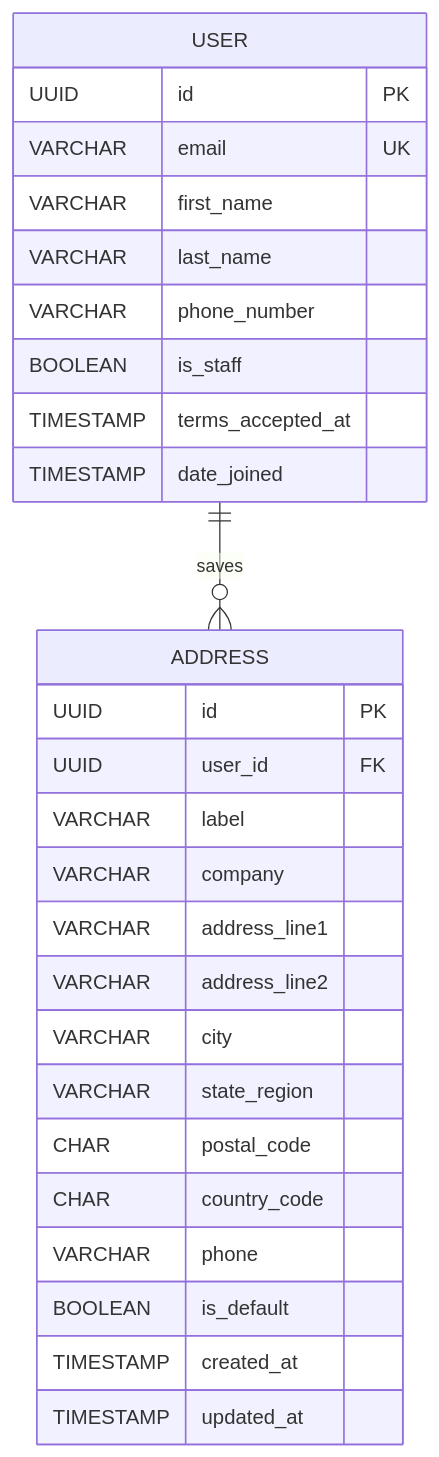
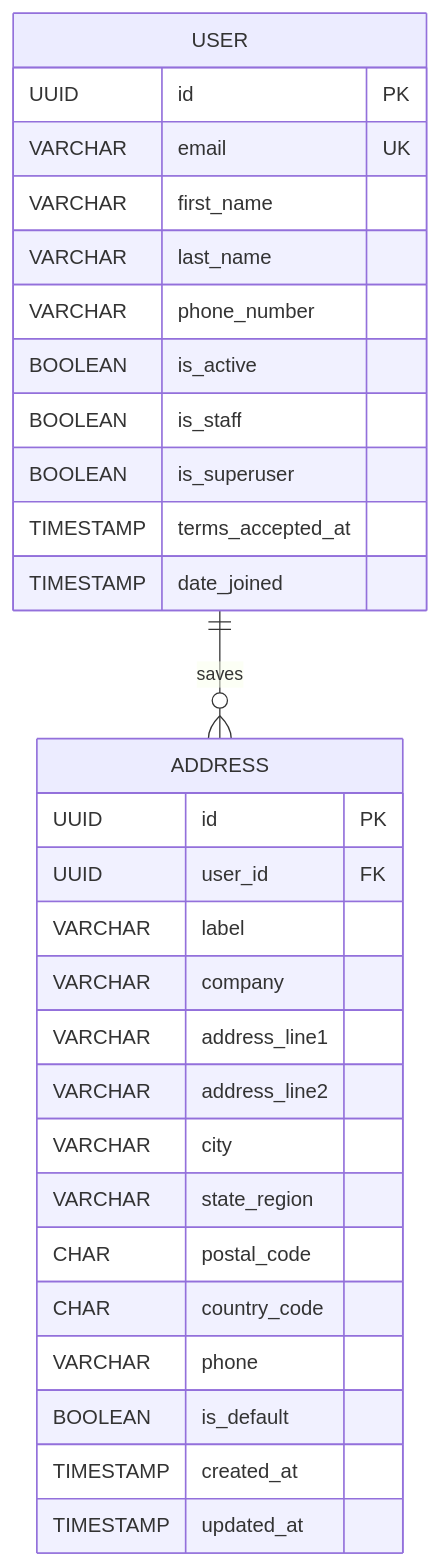
The diagram in docs/features/account/account-database-architecture.md (jisnasree/BookBloom), drawn with Mermaid before and after one commit. The commit also changed other lines of this file and 1 other file, not shown here.

Commit message:
Add server-managed status flags to User model: is_active, and is_superuser

````diff
--- a/docs/features/account/account-database-architecture.md
+++ b/docs/features/account/account-database-architecture.md
@@ -55,30 +57,32 @@
 ```mermaid
 erDiagram
     USER ||--o{ ADDRESS : saves
     USER {
         UUID id PK
         VARCHAR email UK
         VARCHAR first_name
         VARCHAR last_name
         VARCHAR phone_number
+        BOOLEAN is_active
         BOOLEAN is_staff
+        BOOLEAN is_superuser
         TIMESTAMP terms_accepted_at
         TIMESTAMP date_joined
     }
     ADDRESS {
         UUID id PK
         UUID user_id FK
         VARCHAR label
         VARCHAR company
         VARCHAR address_line1
         VARCHAR address_line2
         VARCHAR city
         VARCHAR state_region
         CHAR postal_code
         CHAR country_code
         VARCHAR phone
         BOOLEAN is_default
         TIMESTAMP created_at
         TIMESTAMP updated_at
     }
 ```
````
